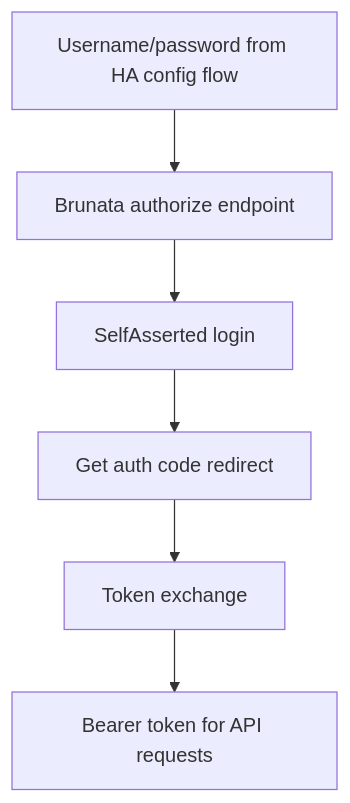
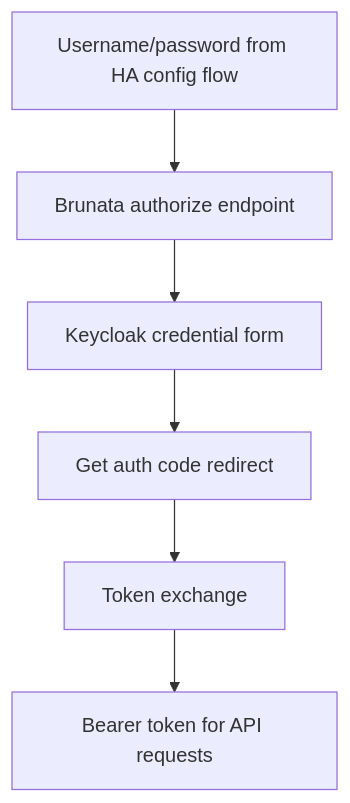
The third of 4 diagrams in README.md (patricklind/brunata-to-home-assistant), drawn with Mermaid before and after one commit. The commit also changed other lines of this file and 9 other files, not shown here.

````diff
--- a/README.md
+++ b/README.md
@@ -49,8 +49,8 @@
 ```mermaid
 flowchart TD
     A["Username/password from HA config flow"] --> B["Brunata authorize endpoint"]
-    B --> C["SelfAsserted login"]
+    B --> C["Keycloak credential form"]
     C --> D["Get auth code redirect"]
     D --> E["Token exchange"]
     E --> F["Bearer token for API requests"]
 ```
````
